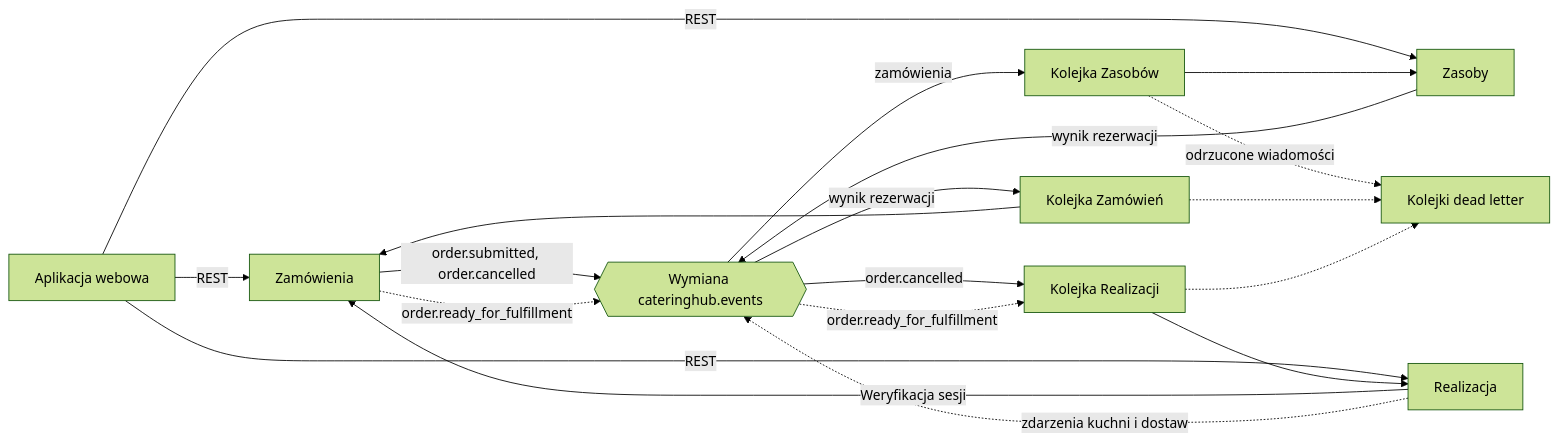
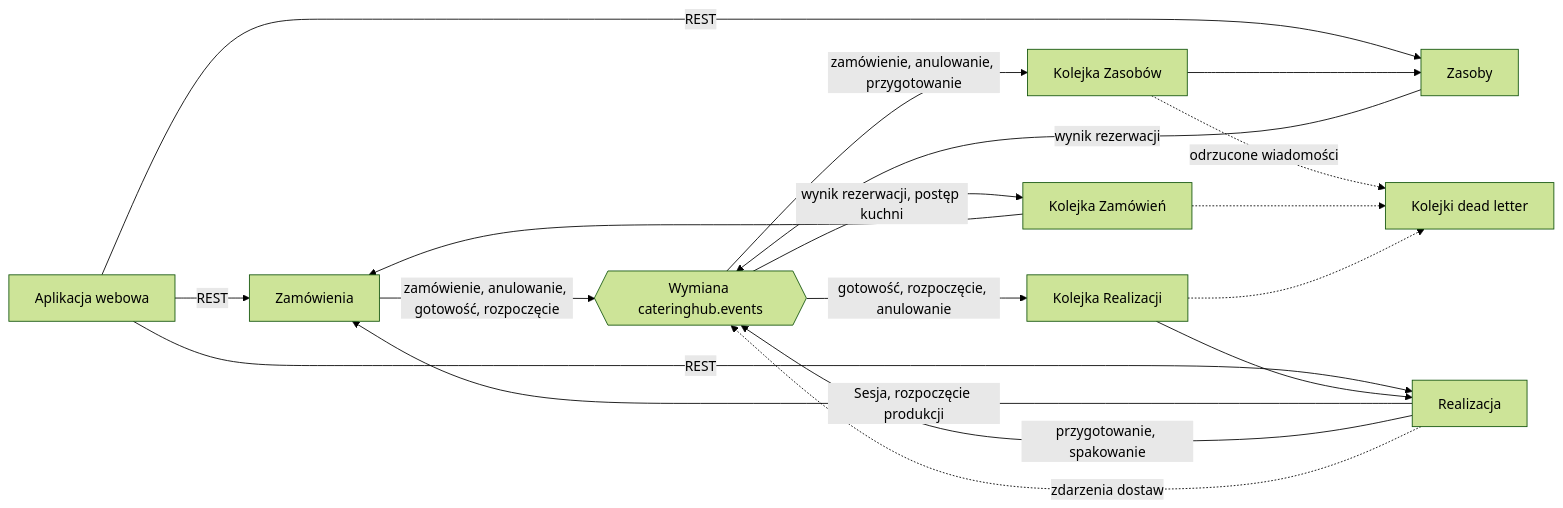
The fifth of 7 diagrams in docs/raport/rozdzial-06-architektura.md (makskosciolek/catering-management-system), drawn with Mermaid (forest theme) before and after one commit. The commit also changed other lines of this file and 35 other files, not shown here.

````diff
--- a/docs/raport/rozdzial-06-architektura.md
+++ b/docs/raport/rozdzial-06-architektura.md
@@ -404,28 +405,27 @@
 ```mermaid
 flowchart LR
     spa["Aplikacja webowa"]
     orders["Zamówienia"]
     inv["Zasoby"]
     ful["Realizacja"]
     ex{{"Wymiana cateringhub.events"}}
     q1["Kolejka Zasobów"]
     q2["Kolejka Zamówień"]
     q3["Kolejka Realizacji"]
     dlq["Kolejki dead letter"]
 
     spa -- "REST" --> orders
     spa -- "REST" --> inv
     spa -- "REST" --> ful
-    ful -- "Weryfikacja sesji" --> orders
-    orders -- "order.submitted, order.cancelled" --> ex
-    ex -- "zamówienia" --> q1 --> inv
+    ful -- "Sesja, rozpoczęcie produkcji" --> orders
+    orders -- "zamówienie, anulowanie, gotowość, rozpoczęcie" --> ex
+    ex -- "zamówienie, anulowanie, przygotowanie" --> q1 --> inv
     inv -- "wynik rezerwacji" --> ex
-    ex -- "wynik rezerwacji" --> q2 --> orders
-    ex -- "order.cancelled" --> q3 --> ful
-    orders -. "order.ready_for_fulfillment" .-> ex
-    ex -. "order.ready_for_fulfillment" .-> q3
-    ful -. "zdarzenia kuchni i dostaw" .-> ex
+    ex -- "wynik rezerwacji, postęp kuchni" --> q2 --> orders
+    ex -- "gotowość, rozpoczęcie, anulowanie" --> q3 --> ful
+    ful -- "przygotowanie, spakowanie" --> ex
+    ful -. "zdarzenia dostaw" .-> ex
     q1 -. "odrzucone wiadomości" .-> dlq
     q2 -.-> dlq
     q3 -.-> dlq
 ```
````
